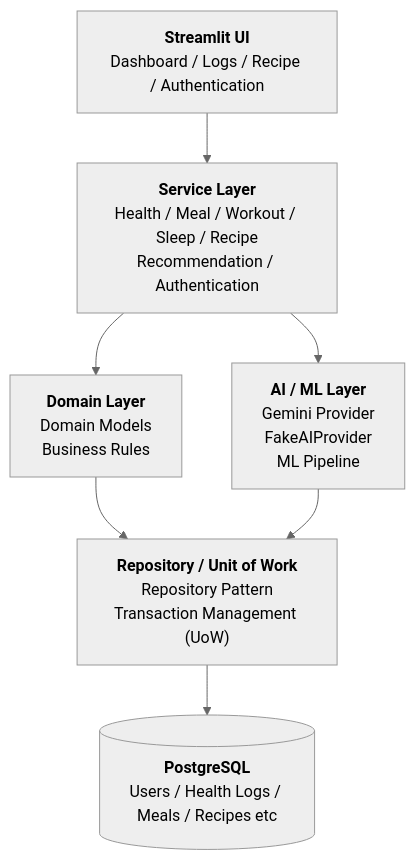
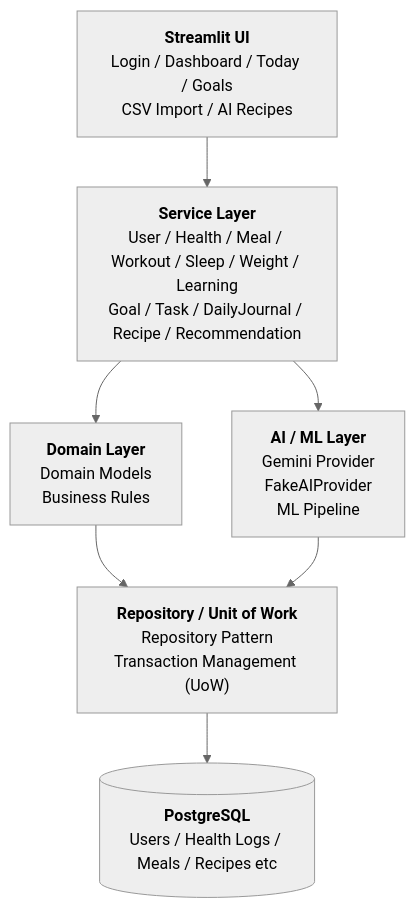
One commit to shim369/Python-Smart-Health-Intelligence-Platform changed the second of 19 diagrams in docs/architecture.md. Above: the diagram before and after it, drawn with Mermaid (neutral theme). The commit also changed other lines of this file and 1 other file, not shown here.

First line of the commit message:
docs: fix stale architecture/requirements statements

````diff
--- a/docs/architecture.md
+++ b/docs/architecture.md
@@ -111,16 +107,16 @@
 ```mermaid
 flowchart TD
-    UI["<b>Streamlit UI</b><br/>Dashboard / Logs / Recipe / Authentication"]
-    Service["<b>Service Layer</b><br/>Health / Meal / Workout / Sleep / Recipe<br/>Recommendation / Authentication"]
+    UI["<b>Streamlit UI</b><br/>Login / Dashboard / Today / Goals<br/>CSV Import / AI Recipes"]
+    Service["<b>Service Layer</b><br/>User / Health / Meal / Workout / Sleep / Weight / Learning<br/>Goal / Task / DailyJournal / Recipe / Recommendation"]
     Domain["<b>Domain Layer</b><br/>Domain Models<br/>Business Rules"]
     AIML["<b>AI / ML Layer</b><br/>Gemini Provider<br/>FakeAIProvider<br/>ML Pipeline"]
     Repo["<b>Repository / Unit of Work</b><br/>Repository Pattern<br/>Transaction Management (UoW)"]
     DB[("<b>PostgreSQL</b><br/>Users / Health Logs / Meals / Recipes etc")]
 
     UI --> Service
     Service --> Domain
     Service --> AIML
     Domain --> Repo
     AIML --> Repo
     Repo --> DB
 ```
````
